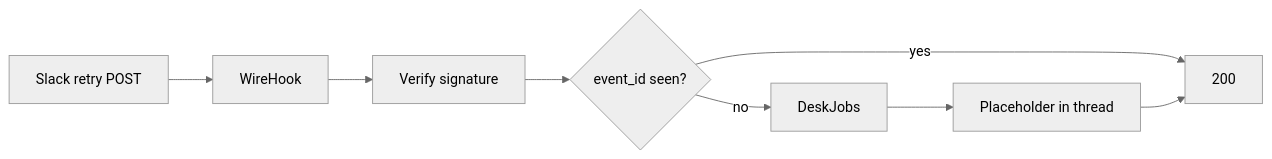
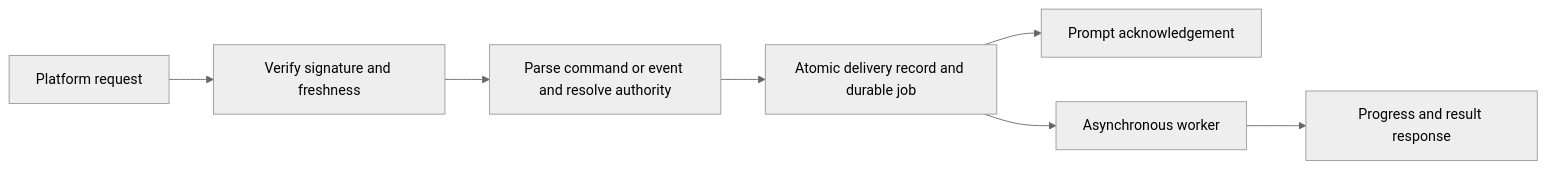
One commit to jdodsoncollins/study-material changed the diagram in lessons/ai-agents/desk-bot/viz/hook.md. Above: the diagram before and after it, drawn with Mermaid (neutral theme). The commit also changed 175 other files, not shown here.

````diff
--- a/lessons/ai-agents/desk-bot/viz/hook.md
+++ b/lessons/ai-agents/desk-bot/viz/hook.md
@@ -3,10 +3,9 @@
 ```mermaid
 flowchart LR
-  wire[Slack retry POST] --> hook[WireHook]
-  hook --> ver[Verify signature]
-  ver --> dedup{event_id seen?}
-  dedup -->|yes| ack[200]
-  dedup -->|no| q[DeskJobs]
-  q --> hold[Placeholder in thread]
-  hold --> ack
+  wire[Platform request] --> verify[Verify signature and freshness]
+  verify --> normalize[Parse command or event and resolve authority]
+  normalize --> tx[Atomic delivery record and durable job]
+  tx --> ack[Prompt acknowledgement]
+  tx --> worker[Asynchronous worker]
+  worker --> reply[Progress and result response]
 ```
````
